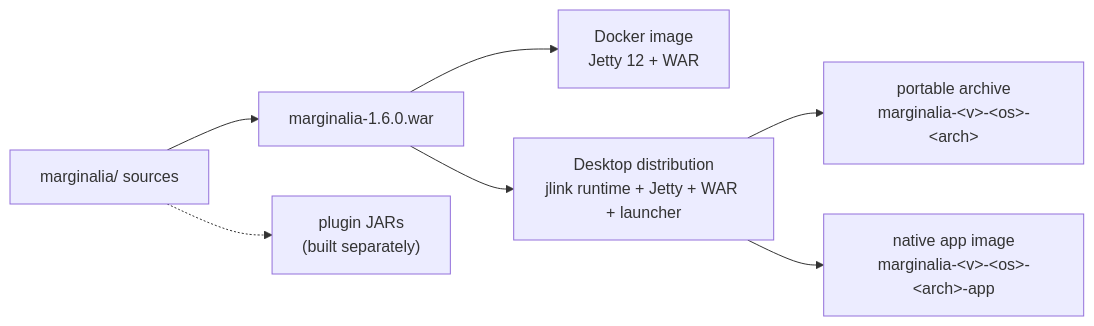
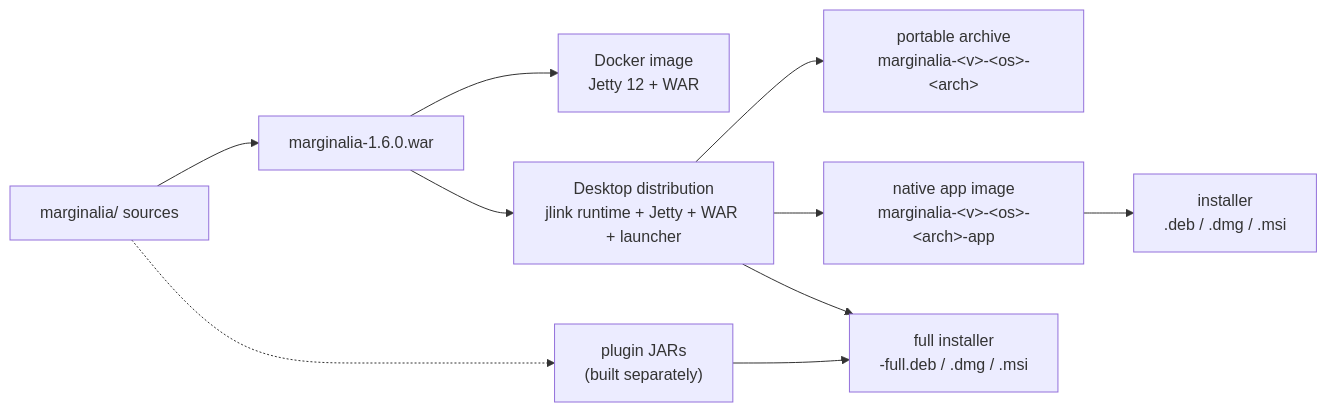
Before and after one commit to Enerccio/Marginalia: the first of 3 diagrams in manual/developer/packaging.md, drawn with Mermaid. The commit also changed other lines of this file and 16 other files, not shown here.

Commit message:
Add desktop installers and built-in plugins support: implement multi-platform `.deb`, `.dmg`, `.msi` installers with optional prepackaged plugins (`plugins/` folder). Introduce `BundledPlugins` for plugin management and `plugins` job in CI workflow. Update app icon usage and related tests.

````diff
--- a/manual/developer/packaging.md
+++ b/manual/developer/packaging.md
@@ -26,9 +26,12 @@
 ```mermaid
 flowchart LR
     src["marginalia/ sources"] --> war["marginalia-1.6.0.war"]
     war --> docker["Docker image<br/>Jetty 12 + WAR"]
     war --> desktop["Desktop distribution<br/>jlink runtime + Jetty + WAR + launcher"]
     desktop --> portable["portable archive<br/>marginalia-&lt;v&gt;-&lt;os&gt;-&lt;arch&gt;"]
     desktop --> appimage["native app image<br/>marginalia-&lt;v&gt;-&lt;os&gt;-&lt;arch&gt;-app"]
+    appimage --> installer["installer<br/>.deb / .dmg / .msi"]
+    plugins["plugin JARs"] --> full["full installer<br/>-full.deb / .dmg / .msi"]
+    desktop --> full
     src -.-> plugins["plugin JARs<br/>(built separately)"]
 ```
````
